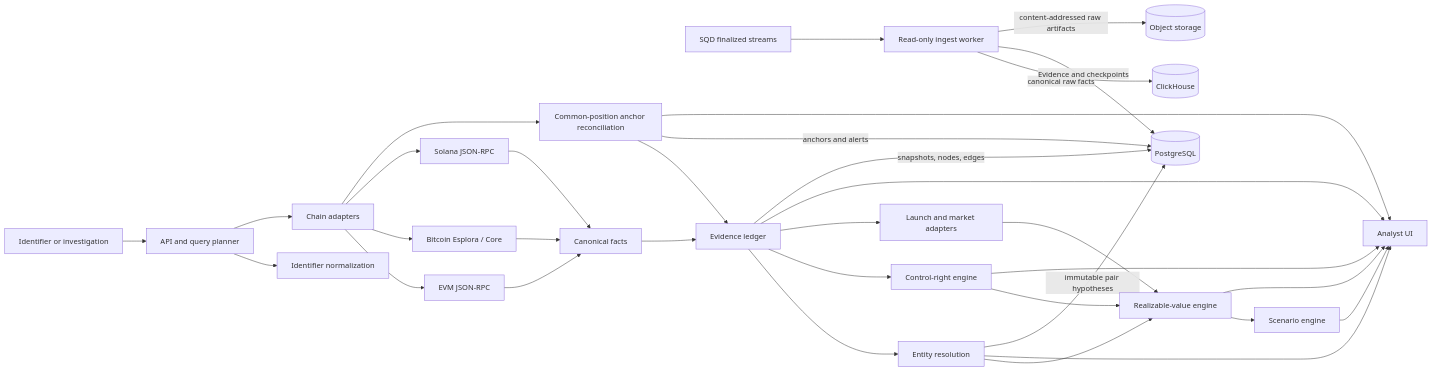
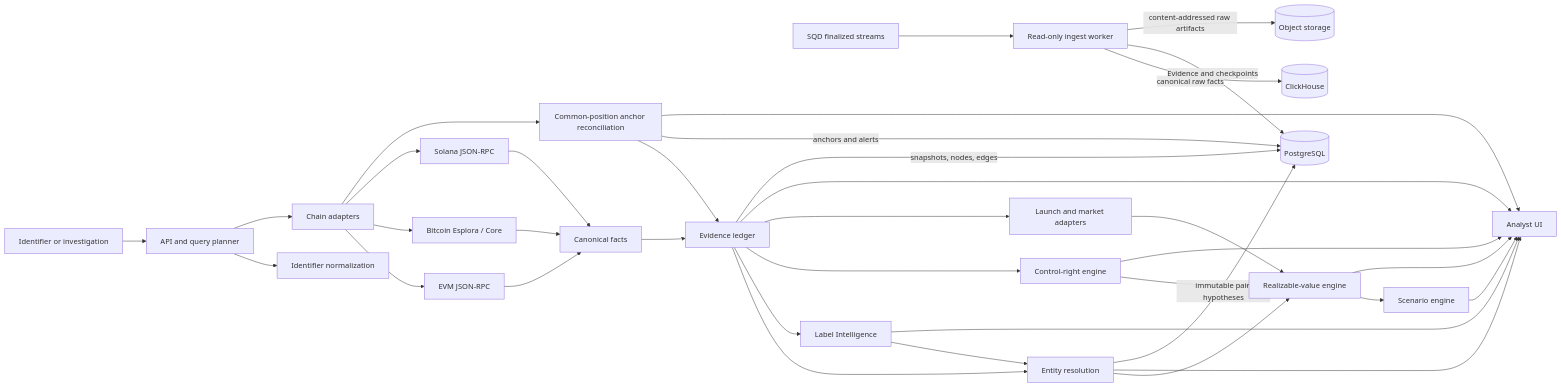
Before and after one commit to greywolf8888/ZeroTrace: the diagram in README.md, drawn with Mermaid. The commit also changed other lines of this file and 31 other files, not shown here.

Commit message:
feat: add durable label intelligence reports (#14)

````diff
--- a/README.md
+++ b/README.md
@@ -184,38 +188,41 @@
 ```mermaid
 flowchart LR
   Q["Identifier or investigation"] --> G["API and query planner"]
   G --> I["Identifier normalization"]
   G --> C["Chain adapters"]
   C --> EVM["EVM JSON-RPC"]
   C --> BTC["Bitcoin Esplora / Core"]
   C --> SOL["Solana JSON-RPC"]
   C --> DQ["Common-position anchor reconciliation"]
   SQD["SQD finalized streams"] --> W["Read-only ingest worker"]
   EVM --> F["Canonical facts"]
   BTC --> F
   SOL --> F
   F --> EV["Evidence ledger"]
   DQ --> EV
   EV --> ER["Entity resolution"]
+  EV --> LI["Label Intelligence"]
+  LI --> ER
   EV --> CR["Control-right engine"]
   EV --> LM["Launch and market adapters"]
   ER --> RV["Realizable-value engine"]
   CR --> RV
   LM --> RV
   RV --> SC["Scenario engine"]
   EV --> UI["Analyst UI"]
   ER --> UI
+  LI --> UI
   CR --> UI
   RV --> UI
   SC --> UI
   DB[("PostgreSQL")]
   CH[("ClickHouse")]
   OBJ[("Object storage")]
   W -->|"canonical raw facts"| CH
   W -->|"Evidence and checkpoints"| DB
   W -->|"content-addressed raw artifacts"| OBJ
   EV -->|"snapshots, nodes, edges"| DB
   ER -->|"immutable pair hypotheses"| DB
   DQ -->|"anchors and alerts"| DB
   DQ --> UI
 ```
````
